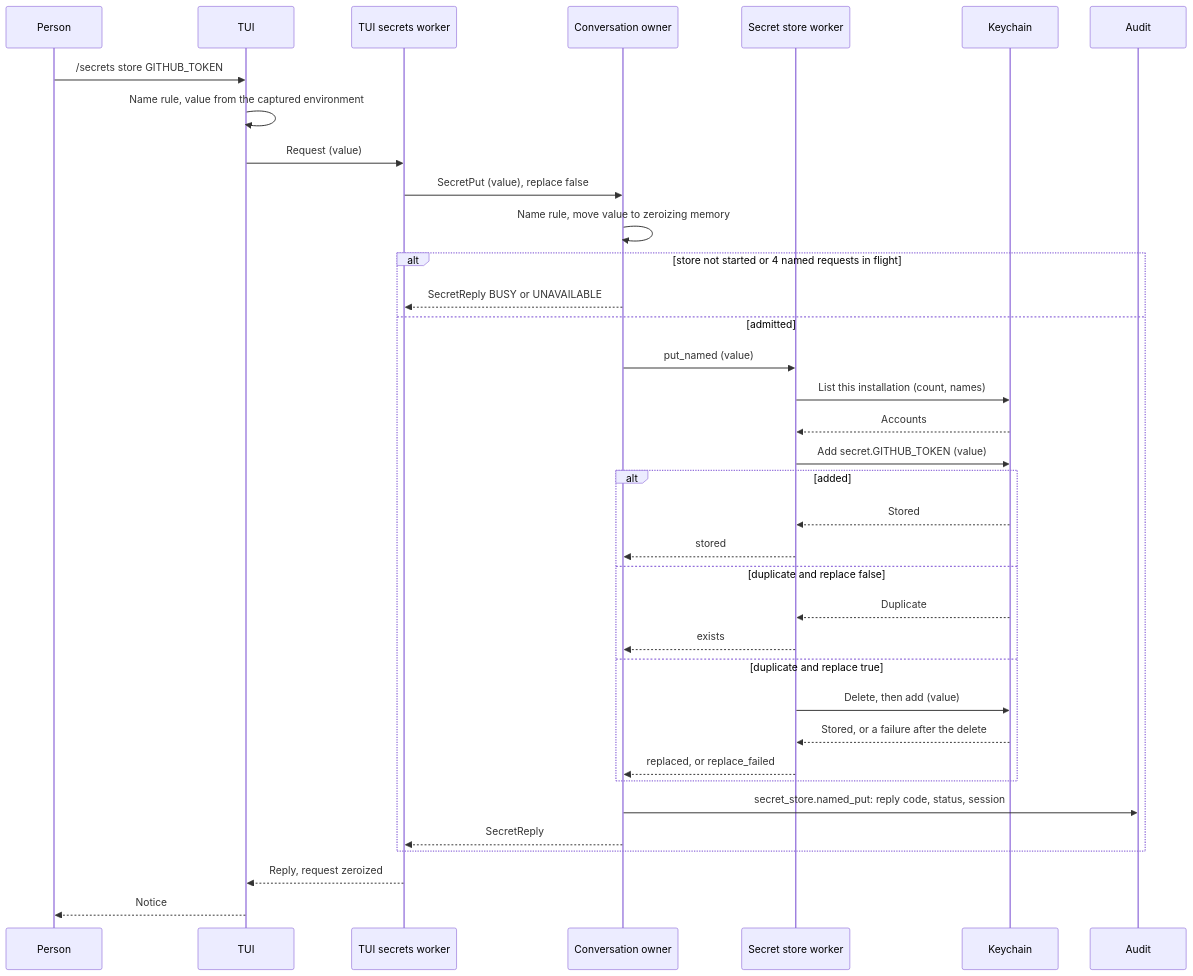
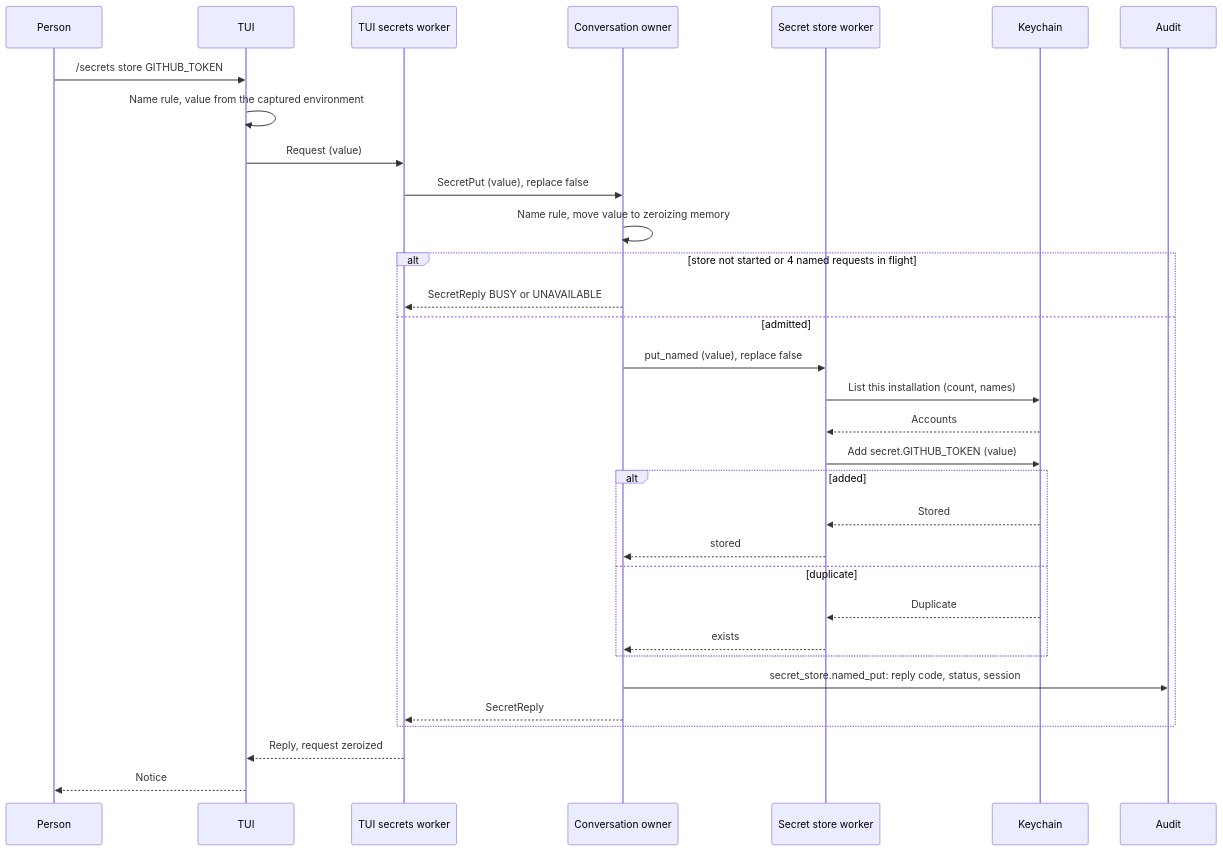
Before and after one commit to pidster/asura: the third of 8 diagrams in docs/designs/named-secrets.md, drawn with Mermaid. The commit also changed other lines of this file and 2 other files, not shown here.

First line of the commit message:
Design named-secret replace in place (SecItemUpdate)

````diff
--- a/docs/designs/named-secrets.md
+++ b/docs/designs/named-secrets.md
@@ -316,38 +330,34 @@
 ```mermaid
 sequenceDiagram
     participant P as Person
     participant T as TUI
     participant S as TUI secrets worker
     participant O as Conversation owner
     participant W as Secret store worker
     participant K as Keychain
     participant A as Audit
     P->>T: /secrets store GITHUB_TOKEN
     T->>T: Name rule, value from the captured environment
     T->>S: Request (value)
     S->>O: SecretPut (value), replace false
     O->>O: Name rule, move value to zeroizing memory
     alt store not started or 4 named requests in flight
         O-->>S: SecretReply BUSY or UNAVAILABLE
     else admitted
-        O->>W: put_named (value)
+        O->>W: put_named (value), replace false
         W->>K: List this installation (count, names)
         K-->>W: Accounts
         W->>K: Add secret.GITHUB_TOKEN (value)
         alt added
             K-->>W: Stored
             W-->>O: stored
-        else duplicate and replace false
+        else duplicate
             K-->>W: Duplicate
             W-->>O: exists
-        else duplicate and replace true
-            W->>K: Delete, then add (value)
-            K-->>W: Stored, or a failure after the delete
-            W-->>O: replaced, or replace_failed
         end
         O->>A: secret_store.named_put: reply code, status, session
         O-->>S: SecretReply
     end
     S-->>T: Reply, request zeroized
     T-->>P: Notice
 ```
````
